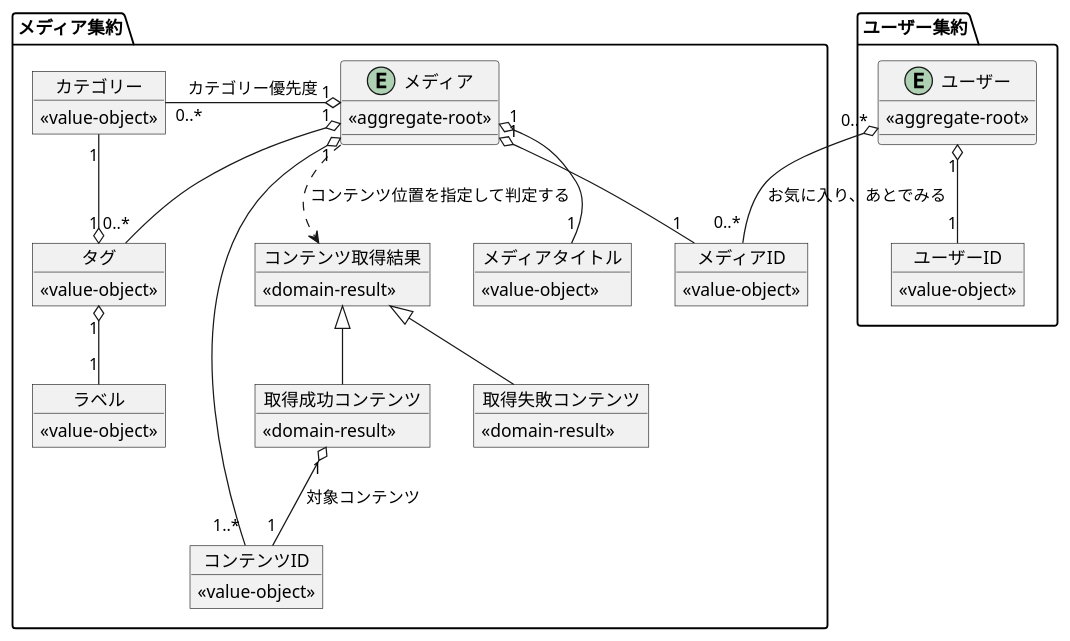
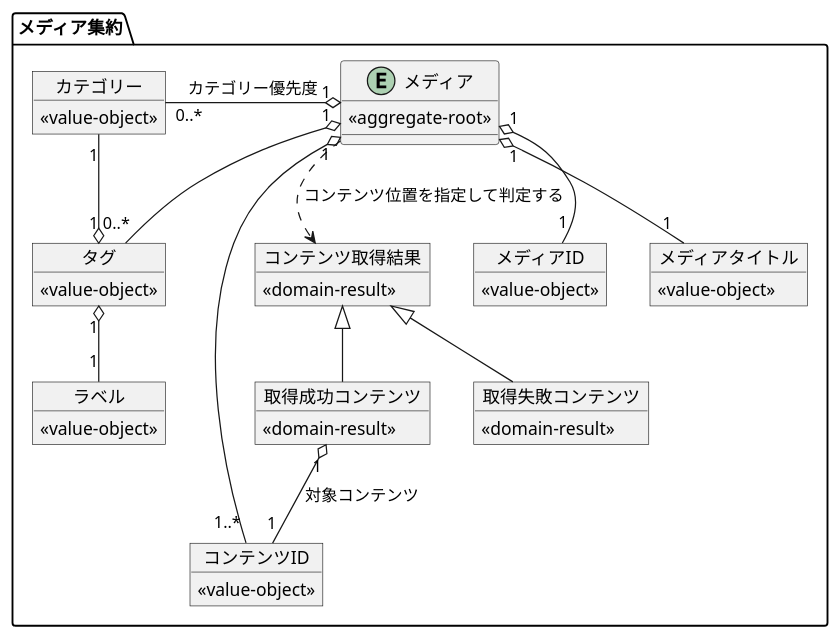
One commit to hachimitu22/MangaViewer changed the diagram in doc/2_domain/ドメインモデル.puml. Above: the diagram before and after it, drawn with PlantUML. The commit also changed 3 other files, not shown here.

```diff
--- a/doc/2_domain/ドメインモデル.puml
+++ b/doc/2_domain/ドメインモデル.puml
@@ -1,81 +1,65 @@
 @startuml
 ' skinparam linetype ortho
 
 package メディア集約 {
 
     entity メディア {
         <<aggregate-root>>
     }
 
     object メディアID {
         <<value-object>>
     }
 
     object メディアタイトル {
         <<value-object>>
     }
 
     object コンテンツID {
         <<value-object>>
     }
 
     object タグ {
         <<value-object>>
     }
 
     object カテゴリー {
         <<value-object>>
     }
 
     object ラベル {
         <<value-object>>
     }
 
     object コンテンツ取得結果 {
         <<domain-result>>
     }
 
     object 取得成功コンテンツ {
         <<domain-result>>
     }
 
     object 取得失敗コンテンツ {
         <<domain-result>>
     }
 
     コンテンツ取得結果 <|-- 取得成功コンテンツ
     コンテンツ取得結果 <|-- 取得失敗コンテンツ
 
     取得成功コンテンツ "1" o-- "1" コンテンツID : 対象コンテンツ
 
     ' メディアの振る舞いの結果であることを表現 '
     メディア ..> コンテンツ取得結果 : コンテンツ位置を指定して判定する
 
     ' ===== 既存定義 ===== '
     メディア "1" o-- "1" メディアID
     メディア "1" o-- "1" メディアタイトル
     メディア "1" o-- "1..*" コンテンツID
     メディア "1" o-- "0..*" タグ
     メディア "1" o-l- "0..*" カテゴリー : カテゴリー優先度
 
     タグ "1" o-- "1" カテゴリー
     タグ "1" o-- "1" ラベル
 }
 
-package ユーザー集約 {
-
-    entity ユーザー {
-        <<aggregate-root>>
-    }
-
-    object ユーザーID {
-        <<value-object>>
-    }
-
-    ユーザー "1" o-- "1" ユーザーID
-}
-
-' 集約を跨ぐ参照（弱い参照）
-ユーザー集約.ユーザー "0..*" o-- "0..*" メディア集約.メディアID : お気に入り、あとでみる
-
 @enduml
```
